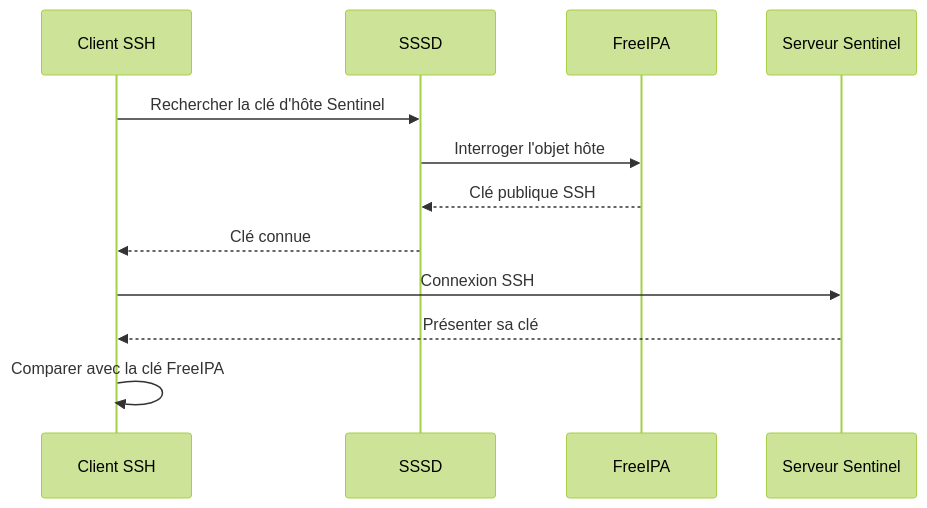
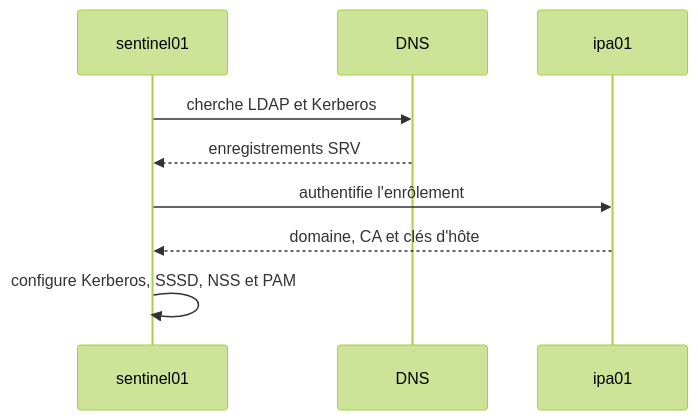
The first of 3 diagrams in sentinel/docs/campagne_08/8.7-gestion-hotes.md (tdelaclos/formations), drawn with Mermaid (forest theme) before and after one commit. The commit also changed other lines of this file and 10 other files, not shown here.

Commit message:
Refondre la campagne 8 FreeIPA

````diff
--- a/sentinel/docs/campagne_08/8.7-gestion-hotes.md
+++ b/sentinel/docs/campagne_08/8.7-gestion-hotes.md
@@ -1396,18 +111,11 @@
 ```mermaid
 sequenceDiagram
-
-    participant C as Client SSH
-    participant SSSD as SSSD
-    participant IPA as FreeIPA
-    participant H as Serveur Sentinel
-
-    C->>SSSD: Rechercher la clé d'hôte Sentinel
-    SSSD->>IPA: Interroger l'objet hôte
-    IPA-->>SSSD: Clé publique SSH
-    SSSD-->>C: Clé connue
-
-    C->>H: Connexion SSH
-    H-->>C: Présenter sa clé
-
-    C->>C: Comparer avec la clé FreeIPA
+    participant C as sentinel01
+    participant DNS
+    participant IPA as ipa01
+    C->>DNS: cherche LDAP et Kerberos
+    DNS-->>C: enregistrements SRV
+    C->>IPA: authentifie l'enrôlement
+    IPA-->>C: domaine, CA et clés d'hôte
+    C->>C: configure Kerberos, SSSD, NSS et PAM
 ```
````
